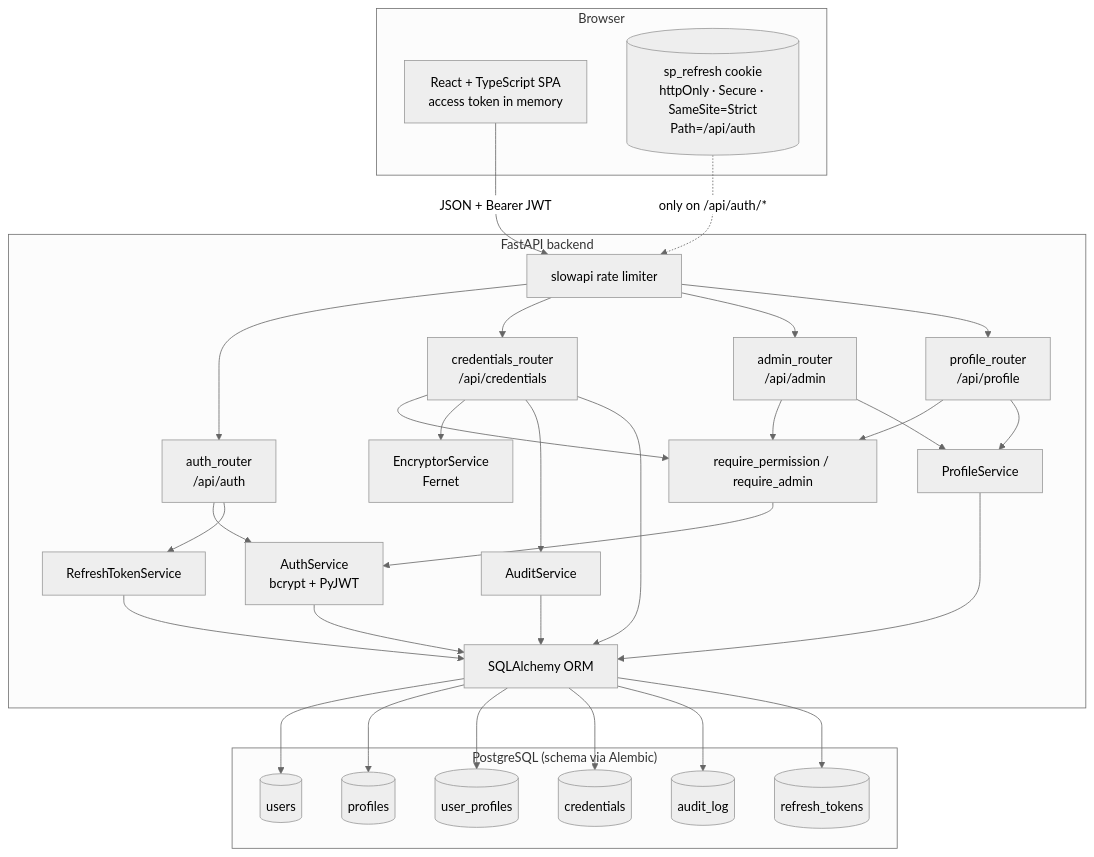
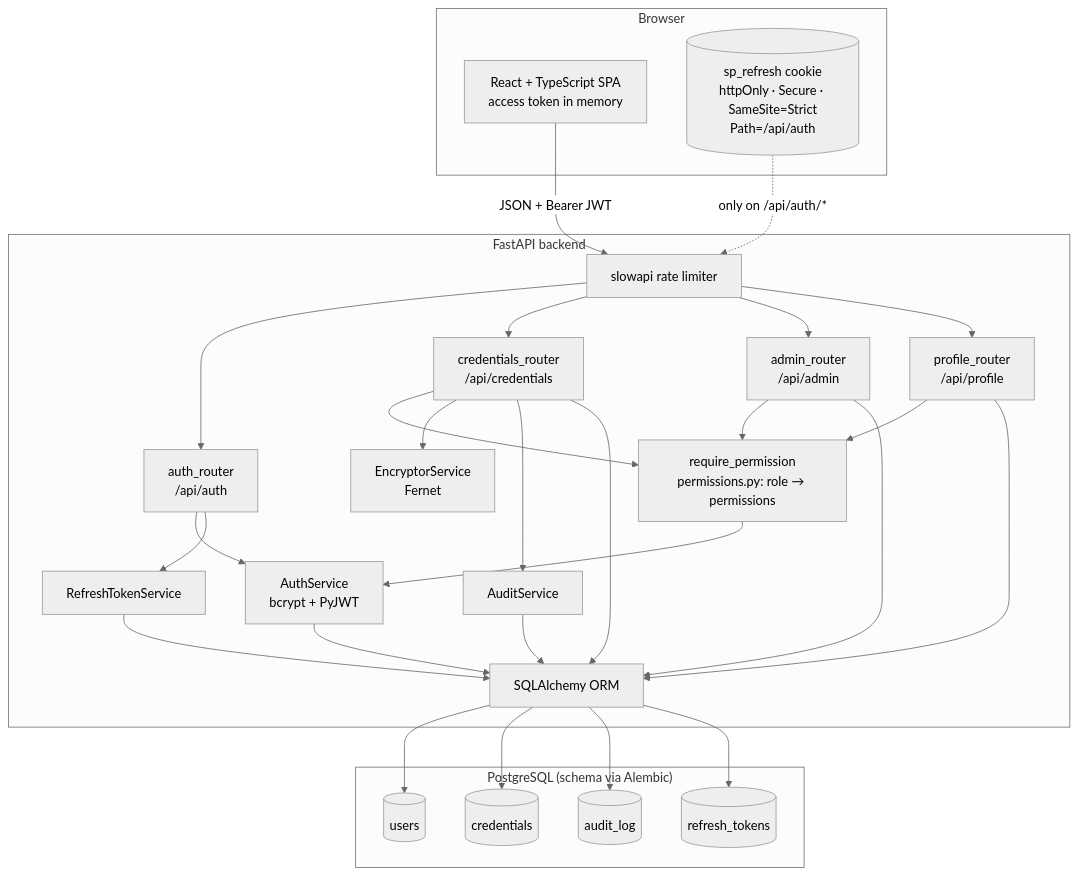
Before and after one commit to DarkyGr/Saving-Access: the first of 4 diagrams in ARCHITECTURE.md, drawn with Mermaid (neutral theme). The commit also changed other lines of this file and 47 other files, not shown here.

First line of the commit message:
feat: per-action permissions with two fixed roles, profiles retired (task 37.1)

````diff
--- a/ARCHITECTURE.md
+++ b/ARCHITECTURE.md
@@ -9,41 +9,37 @@
 ```mermaid
 graph TD
     subgraph Browser
         SPA["React + TypeScript SPA<br/>access token in memory"]
         Cookie[("sp_refresh cookie<br/>httpOnly · Secure · SameSite=Strict<br/>Path=/api/auth")]
     end
 
     subgraph Backend["FastAPI backend"]
         Limiter["slowapi rate limiter"]
         AuthR["auth_router<br/>/api/auth"]
         CredR["credentials_router<br/>/api/credentials"]
         AdminR["admin_router<br/>/api/admin"]
         ProfR["profile_router<br/>/api/profile"]
-        Perm["require_permission / require_admin"]
+        Perm["require_permission<br/>permissions.py: role → permissions"]
         AuthS["AuthService<br/>bcrypt + PyJWT"]
         RefS["RefreshTokenService"]
         Enc["EncryptorService<br/>Fernet"]
-        ProfS["ProfileService"]
         Audit["AuditService"]
         ORM["SQLAlchemy ORM"]
     end
 
     subgraph DB["PostgreSQL (schema via Alembic)"]
         users[(users)]
-        profiles[(profiles)]
-        user_profiles[(user_profiles)]
         credentials[(credentials)]
         audit_log[(audit_log)]
         refresh_tokens[(refresh_tokens)]
     end
 
     SPA -- "JSON + Bearer JWT" --> Limiter
     Cookie -. "only on /api/auth/*" .-> Limiter
     Limiter --> AuthR & CredR & AdminR & ProfR
     CredR & AdminR & ProfR --> Perm --> AuthS
     AuthR --> AuthS & RefS
     CredR --> Enc & Audit
-    AdminR & ProfR --> ProfS
-    AuthS & RefS & ProfS & Audit & CredR --> ORM
-    ORM --> users & profiles & user_profiles & credentials & audit_log & refresh_tokens
+    AuthS & RefS & Audit & CredR & AdminR & ProfR --> ORM
+    ORM --> users & credentials & audit_log & refresh_tokens
 ```
````
